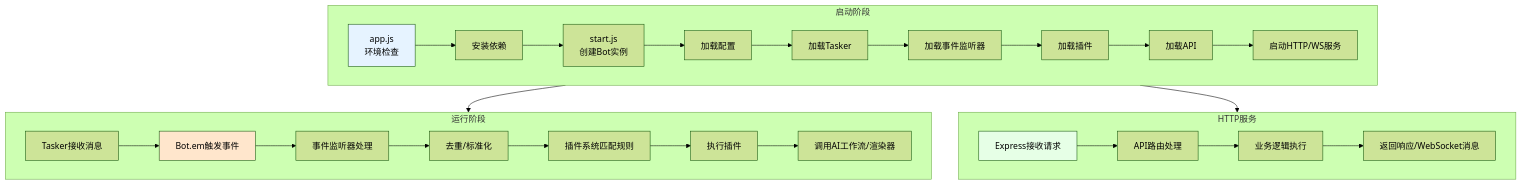
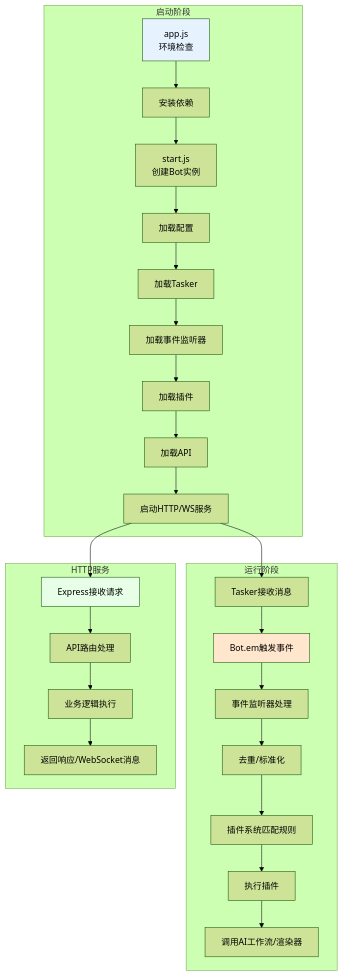
One commit to sunflowermm/XRK-AGT changed the third of 9 diagrams in docs/完整文档.md. Above: the diagram before and after it, drawn with Mermaid (forest theme). The commit also changed other lines of this file and 10 other files, not shown here.

````diff
--- a/docs/完整文档.md
+++ b/docs/完整文档.md
@@ -111,35 +134,35 @@
 ```mermaid
 flowchart TB
     subgraph Start["启动阶段"]
-        A[app.js<br/>环境检查] --> B[安装依赖]
-        B --> C[start.js<br/>创建Bot实例]
-        C --> D[加载配置]
-        D --> E[加载Tasker]
-        E --> F[加载事件监听器]
-        F --> G[加载插件]
-        G --> H[加载API]
-        H --> I[启动HTTP/WS服务]
+        A["app.js<br/>环境检查"] --> B["安装依赖"]
+        B --> C["start.js<br/>创建Bot实例"]
+        C --> D["加载配置"]
+        D --> E["加载Tasker"]
+        E --> F["加载事件监听器"]
+        F --> G["加载插件"]
+        G --> H["加载API"]
+        H --> I["启动HTTP/WS服务"]
     end
     
     subgraph Runtime["运行阶段"]
-        J[Tasker接收消息] --> K[Bot.em触发事件]
-        K --> L[事件监听器处理]
-        L --> M[去重/标准化]
-        M --> N[插件系统匹配规则]
-        N --> O[执行插件]
-        O --> P[调用AI工作流/渲染器]
+        J["Tasker接收消息"] --> K["Bot.em触发事件"]
+        K --> L["事件监听器处理"]
+        L --> M["去重/标准化"]
+        M --> N["插件系统匹配规则"]
+        N --> O["执行插件"]
+        O --> P["调用AI工作流/渲染器"]
     end
     
     subgraph HTTP["HTTP服务"]
-        Q[Express接收请求] --> R[API路由处理]
-        R --> S[业务逻辑执行]
-        S --> T[返回响应/WebSocket消息]
+        Q["Express接收请求"] --> R["API路由处理"]
+        R --> S["业务逻辑执行"]
+        S --> T["返回响应/WebSocket消息"]
     end
     
-    Start --> Runtime
-    Start --> HTTP
+    I --> J
+    I --> Q
     
     style A fill:#E6F3FF
     style K fill:#FFE6CC
     style Q fill:#E6FFE6
 ```
````
